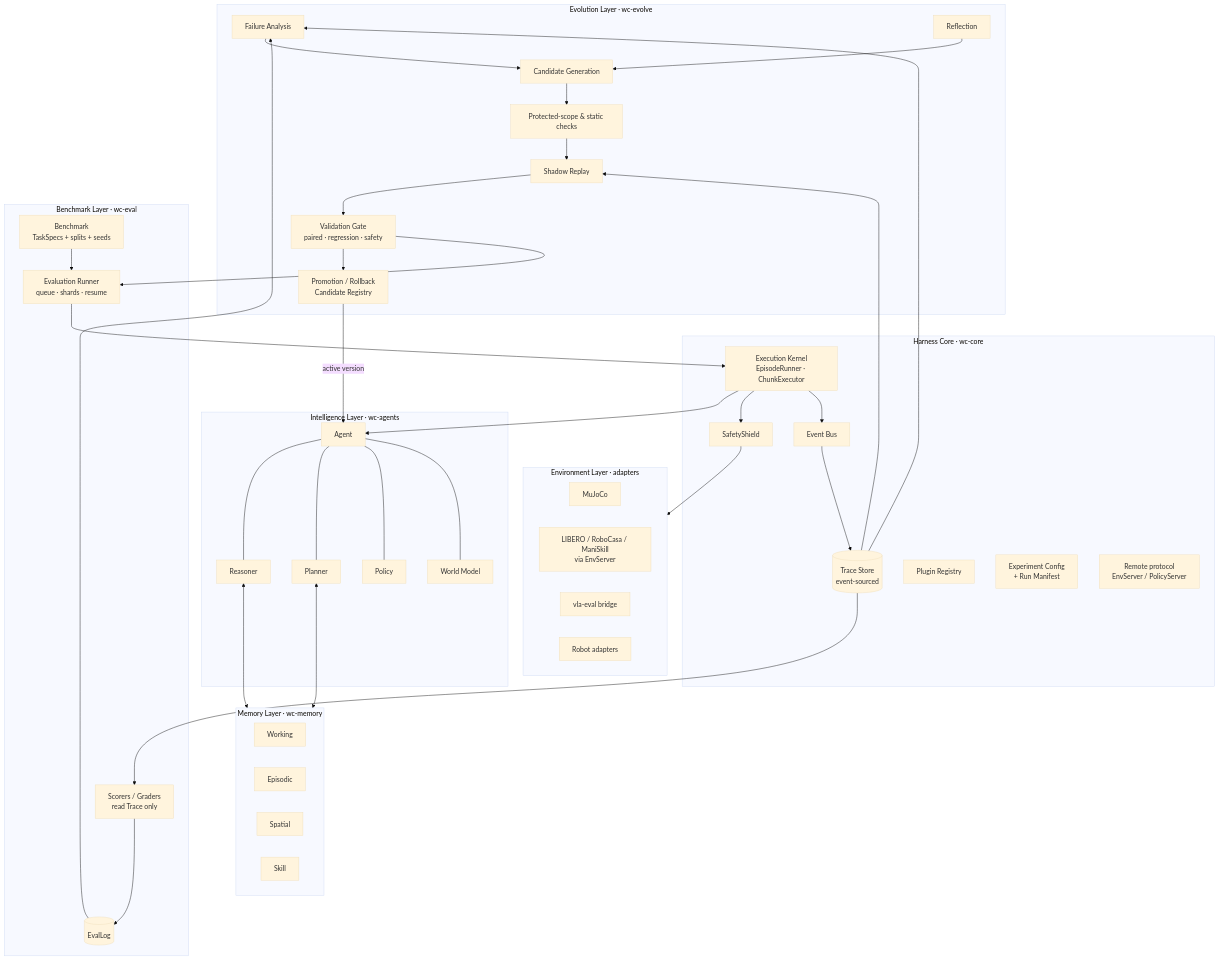
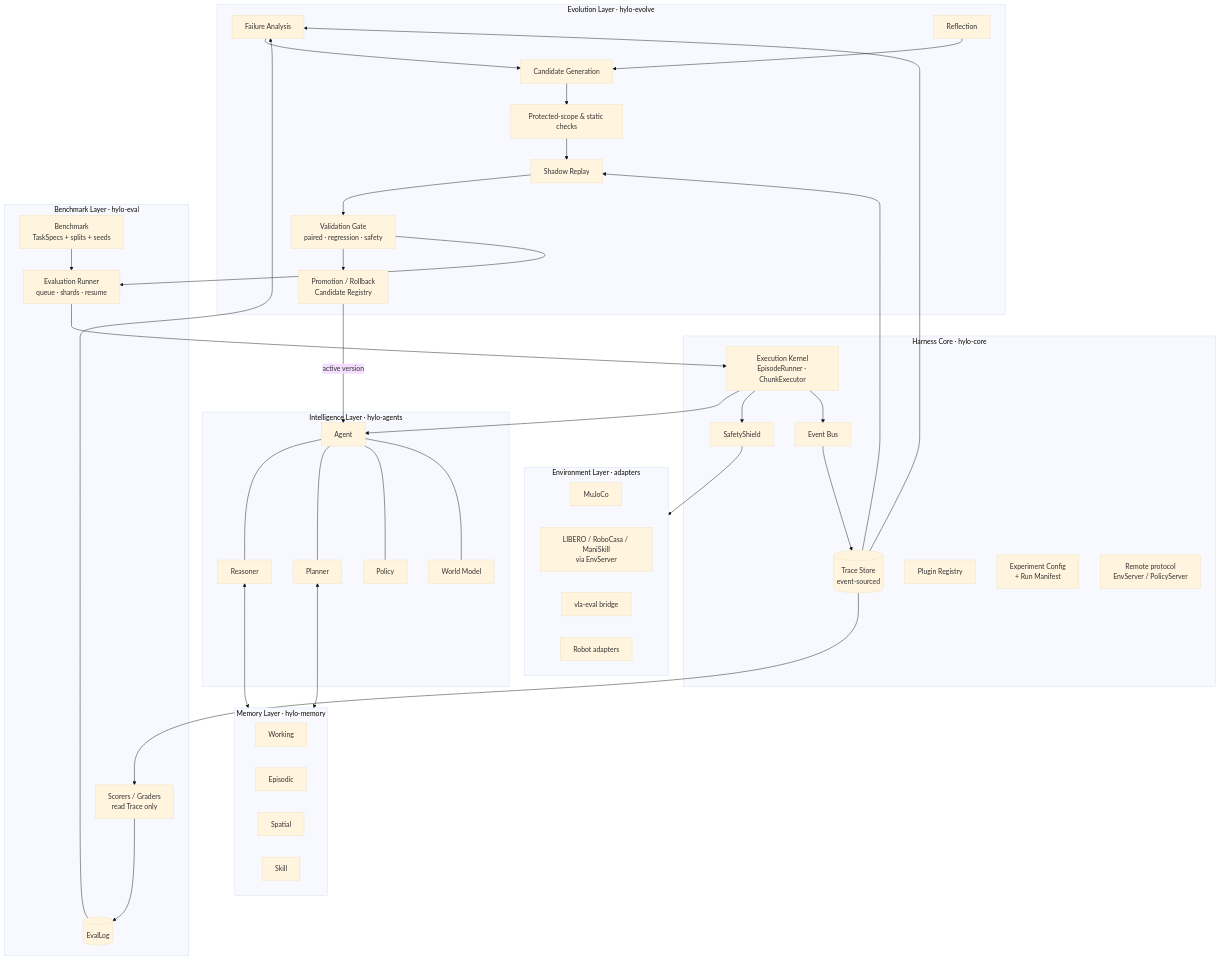
One commit to HyloAI/hylo-docs changed the diagram in docs/design/architecture.md. Above: the diagram before and after it, drawn with Mermaid (base theme). The commit also changed other lines of this file and 96 other files, not shown here.

````diff
--- a/docs/design/architecture.md
+++ b/docs/design/architecture.md
@@ -27,64 +27,64 @@
 ```mermaid
 flowchart TB
-  subgraph EVO[Evolution Layer · wc-evolve]
+  subgraph EVO[Evolution Layer · hylo-evolve]
     DIAG[Failure Analysis] --> GEN[Candidate Generation]
     GEN --> CHK[Protected-scope & static checks]
     CHK --> SHD[Shadow Replay]
     SHD --> VAL[Validation Gate<br/>paired · regression · safety]
     VAL --> PROM[Promotion / Rollback<br/>Candidate Registry]
     REFL[Reflection] --> GEN
   end
 
-  subgraph BENCH[Benchmark Layer · wc-eval]
+  subgraph BENCH[Benchmark Layer · hylo-eval]
     BM[Benchmark<br/>TaskSpecs + splits + seeds]
     RUN[Evaluation Runner<br/>queue · shards · resume]
     SC[Scorers / Graders<br/>read Trace only]
     EL[(EvalLog)]
   end
 
-  subgraph CORE[Harness Core · wc-core]
+  subgraph CORE[Harness Core · hylo-core]
     K[Execution Kernel<br/>EpisodeRunner · ChunkExecutor]
     SH[SafetyShield]
     BUS[Event Bus]
     TR[(Trace Store<br/>event-sourced)]
     REG[Plugin Registry]
     CFG[Experiment Config<br/>+ Run Manifest]
     RPC[Remote protocol<br/>EnvServer / PolicyServer]
   end
 
-  subgraph INT[Intelligence Layer · wc-agents]
+  subgraph INT[Intelligence Layer · hylo-agents]
     AG[Agent]
     RS[Reasoner]
     PL[Planner]
     PO[Policy]
     WMOD[World Model]
   end
 
-  subgraph MEM[Memory Layer · wc-memory]
+  subgraph MEM[Memory Layer · hylo-memory]
     WMEM[Working]
     EPI[Episodic]
     SPA[Spatial]
     SKL[Skill]
   end
 
   subgraph ENVL[Environment Layer · adapters]
     MJ[MuJoCo]
     LIB[LIBERO / RoboCasa / ManiSkill<br/>via EnvServer]
     VLE[vla-eval bridge]
     ROB[Robot adapters]
   end
 
   RUN --> K
   BM --> RUN
   K --> AG
   K --> SH --> ENVL
   K --> BUS --> TR
   TR --> SC --> EL
   AG --- RS & PL & PO & WMOD
   RS & PL <--> MEM
   EL --> DIAG
   TR --> DIAG
   TR --> SHD
   VAL --> RUN
   PROM -->|active version| AG
 ```
````
